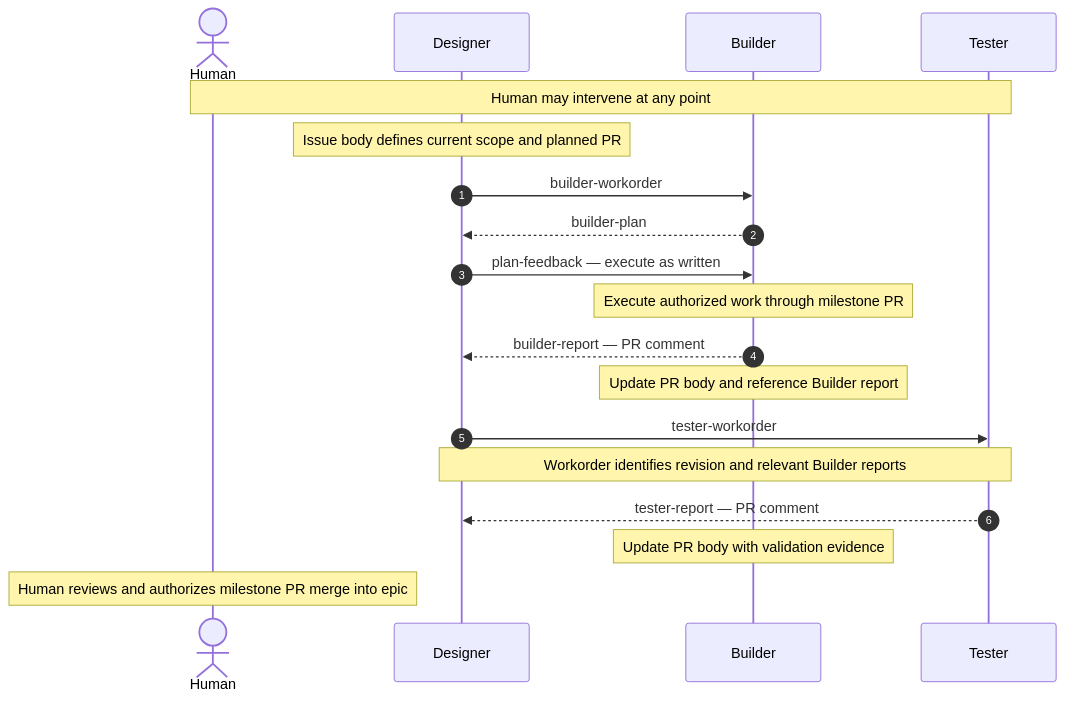
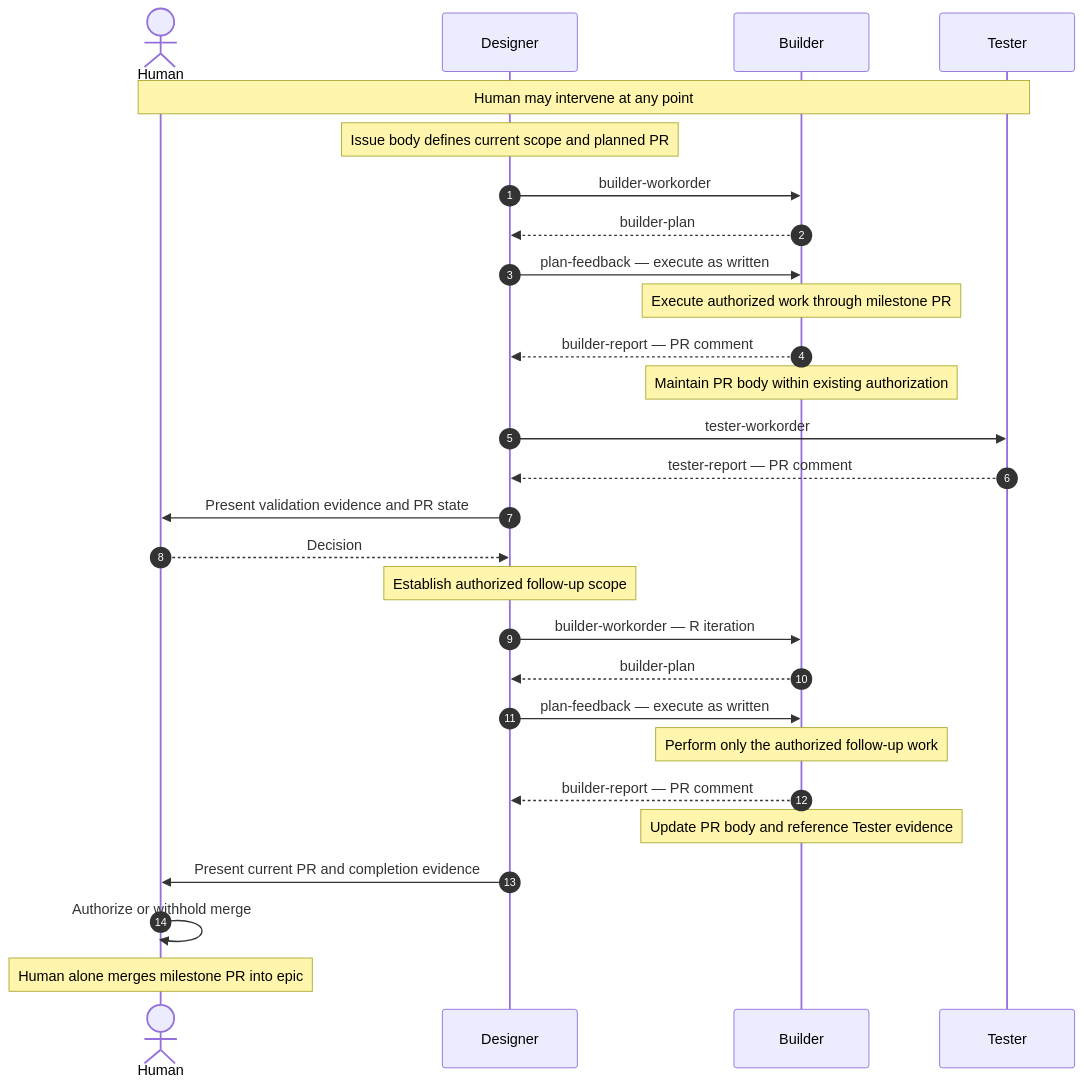
Before and after one commit to iamthenop/infurnet-skills: the first of 6 diagrams in skills/agent-workflow/references/master-workflow.md, drawn with Mermaid. The commit also changed other lines of this file and 12 other files, not shown here.

````diff
--- a/skills/agent-workflow/references/master-workflow.md
+++ b/skills/agent-workflow/references/master-workflow.md
@@ -19,30 +44,42 @@
 ```mermaid
 sequenceDiagram
     autonumber
 
     actor H as Human
     participant D as Designer
     participant B as Builder
     participant T as Tester
 
     Note over H,T: Human may intervene at any point
-
     Note over D: Issue body defines current scope and planned PR
 
     D->>B: builder-workorder
     B-->>D: builder-plan
     D->>B: plan-feedback — execute as written
 
     Note over B: Execute authorized work through milestone PR
 
     B-->>D: builder-report — PR comment
-    Note over B: Update PR body and reference Builder report
+    Note over B: Maintain PR body within existing authorization
 
     D->>T: tester-workorder
-    Note over D,T: Workorder identifies revision and relevant Builder reports
+    T-->>D: tester-report — PR comment
 
-    T-->>D: tester-report — PR comment
-    Note over B: Update PR body with validation evidence
+    D->>H: Present validation evidence and PR state
+    H-->>D: Decision
 
-    Note over H: Human reviews and authorizes milestone PR merge into epic
+    Note over D: Establish authorized follow-up scope
+
+    D->>B: builder-workorder — R iteration
+    B-->>D: builder-plan
+    D->>B: plan-feedback — execute as written
+
+    Note over B: Perform only the authorized follow-up work
+
+    B-->>D: builder-report — PR comment
+    Note over B: Update PR body and reference Tester evidence
+
+    D->>H: Present current PR and completion evidence
+    H->>H: Authorize or withhold merge
+    Note over H: Human alone merges milestone PR into epic
 ```
````
